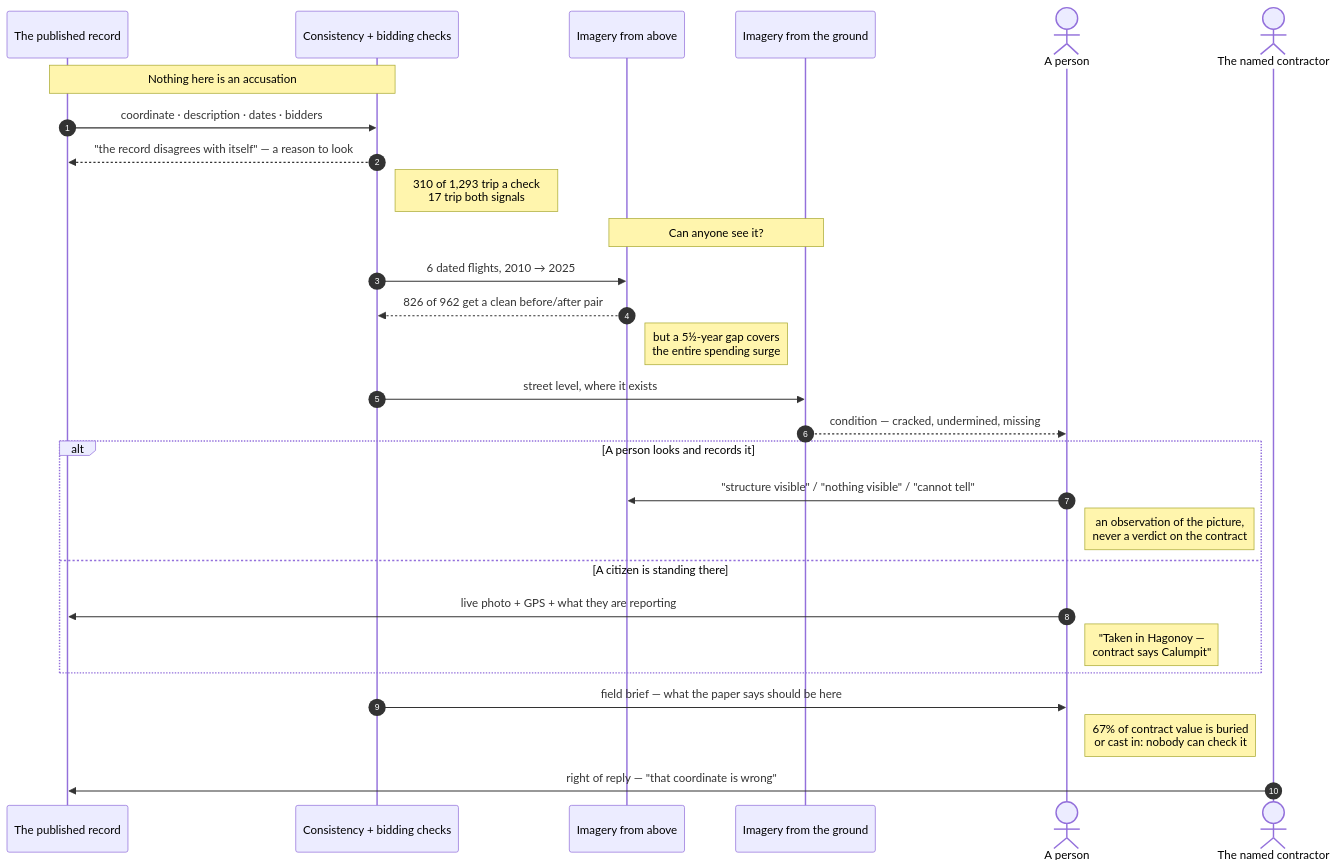
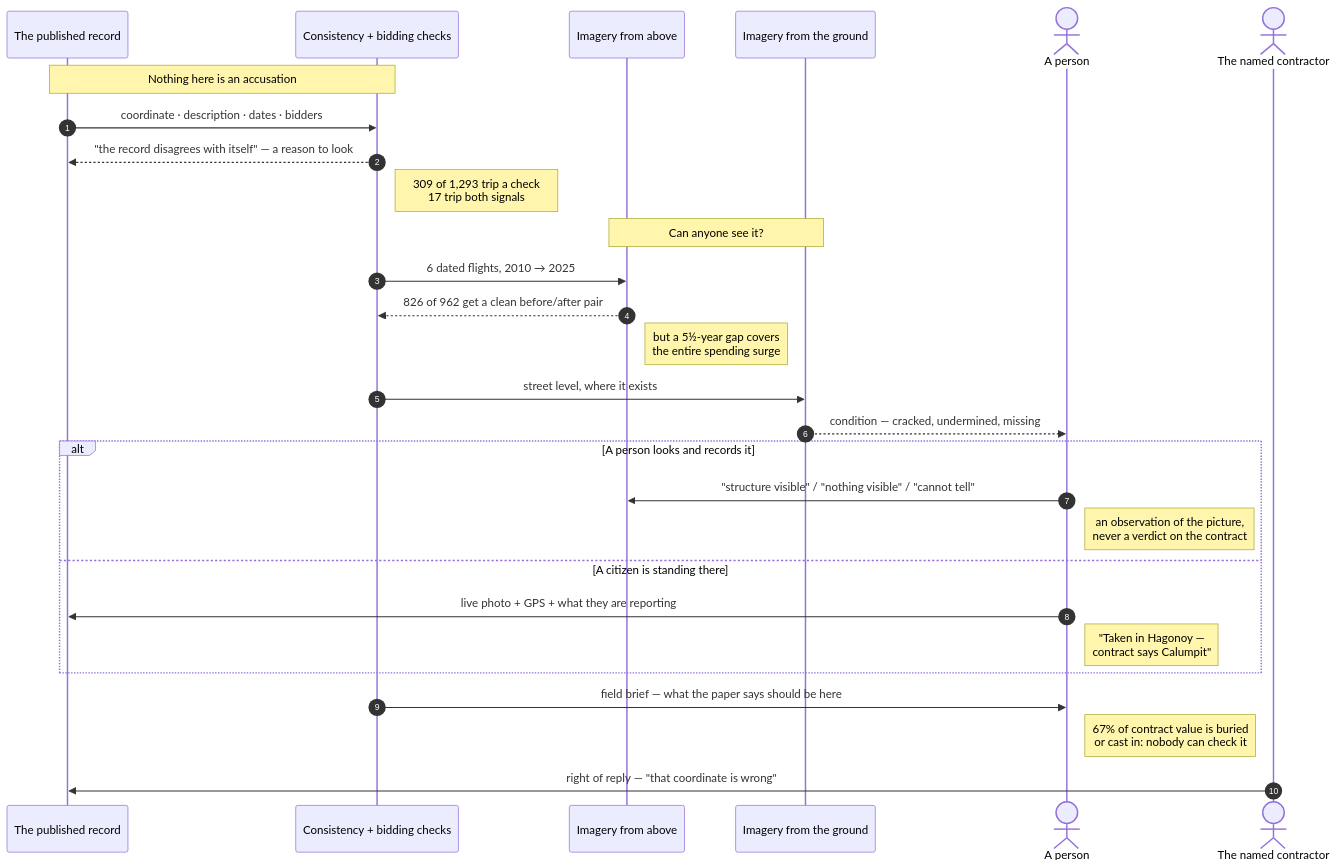
Before and after one commit to realminds-ellah/thesis-infra-intel: the second of 2 diagrams in masid/README.md, drawn with Mermaid. The commit also changed other lines of this file and 12 other files, not shown here.

````diff
--- a/masid/README.md
+++ b/masid/README.md
@@ -136,34 +136,34 @@
 ```mermaid
 sequenceDiagram
     autonumber
     participant REC as The published record
     participant CHK as Consistency + bidding checks
     participant SKY as Imagery from above
     participant GND as Imagery from the ground
     actor HUM as A person
     actor FIRM as The named contractor
 
     Note over REC, CHK: Nothing here is an accusation
     REC->>CHK: coordinate · description · dates · bidders
     CHK-->>REC: "the record disagrees with itself" — a reason to look
-    Note right of CHK: 310 of 1,293 trip a check<br/>17 trip both signals
+    Note right of CHK: 309 of 1,293 trip a check<br/>17 trip both signals
 
     Note over SKY, GND: Can anyone see it?
     CHK->>SKY: 6 dated flights, 2010 → 2025
     SKY-->>CHK: 826 of 962 get a clean before/after pair
     Note right of SKY: but a 5½-year gap covers<br/>the entire spending surge
     CHK->>GND: street level, where it exists
     GND-->>HUM: condition — cracked, undermined, missing
 
     alt A person looks and records it
         HUM->>SKY: "structure visible" / "nothing visible" / "cannot tell"
         Note right of HUM: an observation of the picture,<br/>never a verdict on the contract
     else A citizen is standing there
         HUM->>REC: live photo + GPS + what they are reporting
         Note right of HUM: "Taken in Hagonoy —<br/>contract says Calumpit"
     end
 
     CHK->>HUM: field brief — what the paper says should be here
     Note right of HUM: 67% of contract value is buried<br/>or cast in: nobody can check it
     FIRM->>REC: right of reply — "that coordinate is wrong"
 ```
````
